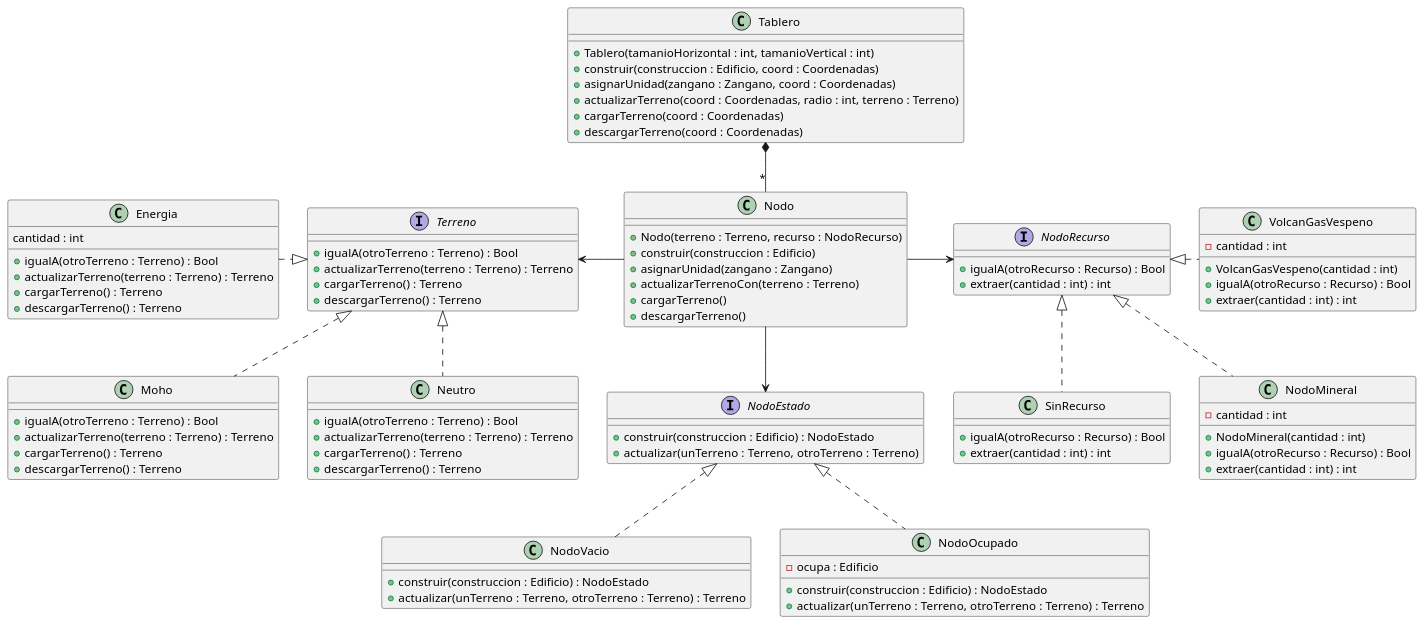
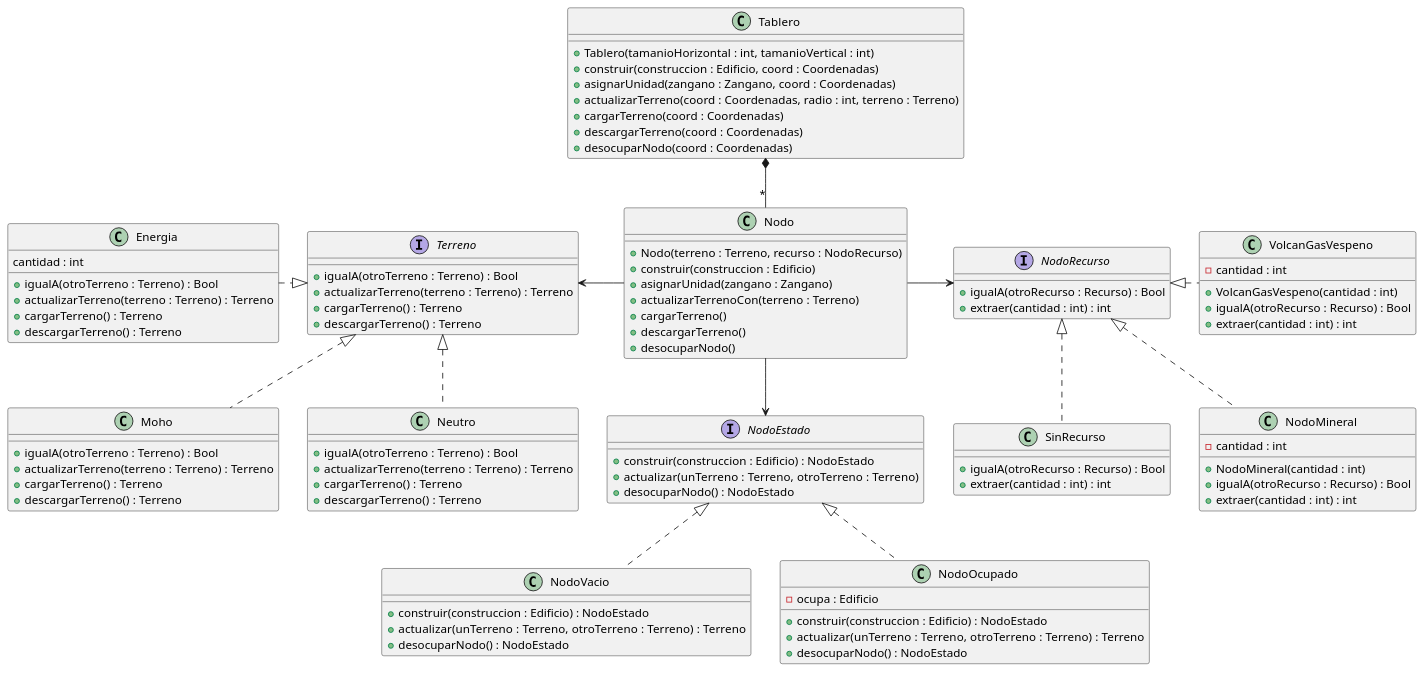
Before and after one commit to gabrielzitelli/Algo3_TP2_AlgoStar: the diagram in diagrams/classes/tablero.plantuml, drawn with PlantUML. The commit also changed 7 other files, not shown here.

```diff
--- a/diagrams/classes/tablero.plantuml
+++ b/diagrams/classes/tablero.plantuml
@@ -1,99 +1,104 @@
 @startuml
 
 class Tablero {
     + Tablero(tamanioHorizontal : int, tamanioVertical : int)
     + construir(construccion : Edificio, coord : Coordenadas)
     + asignarUnidad(zangano : Zangano, coord : Coordenadas)
     + actualizarTerreno(coord : Coordenadas, radio : int, terreno : Terreno)
     + cargarTerreno(coord : Coordenadas)
     + descargarTerreno(coord : Coordenadas)
+    + desocuparNodo(coord : Coordenadas)
 }
 
 class Nodo {
     + Nodo(terreno : Terreno, recurso : NodoRecurso)
     + construir(construccion : Edificio)
     + asignarUnidad(zangano : Zangano)
     + actualizarTerrenoCon(terreno : Terreno)
     + cargarTerreno()
     + descargarTerreno()
+    + desocuparNodo()
 }
 
 interface NodoEstado {
     + construir(construccion : Edificio) : NodoEstado
     + actualizar(unTerreno : Terreno, otroTerreno : Terreno)
+    + desocuparNodo() : NodoEstado
 }
 class NodoVacio {
     + construir(construccion : Edificio) : NodoEstado
     + actualizar(unTerreno : Terreno, otroTerreno : Terreno) : Terreno
+    + desocuparNodo() : NodoEstado
 }
 class NodoOcupado {
     - ocupa : Edificio
     + construir(construccion : Edificio) : NodoEstado
     + actualizar(unTerreno : Terreno, otroTerreno : Terreno) : Terreno
+    + desocuparNodo() : NodoEstado
 }
 
 interface Terreno {
     + igualA(otroTerreno : Terreno) : Bool
     + actualizarTerreno(terreno : Terreno) : Terreno
     + cargarTerreno() : Terreno
     + descargarTerreno() : Terreno
 }
 class Energia {
     cantidad : int
     + igualA(otroTerreno : Terreno) : Bool
     + actualizarTerreno(terreno : Terreno) : Terreno
     + cargarTerreno() : Terreno
     + descargarTerreno() : Terreno
 }
 class Moho {
     + igualA(otroTerreno : Terreno) : Bool
     + actualizarTerreno(terreno : Terreno) : Terreno
     + cargarTerreno() : Terreno
     + descargarTerreno() : Terreno
 }
 class Neutro {
     + igualA(otroTerreno : Terreno) : Bool
     + actualizarTerreno(terreno : Terreno) : Terreno
     + cargarTerreno() : Terreno
     + descargarTerreno() : Terreno
 }
 
 interface NodoRecurso {
     + igualA(otroRecurso : Recurso) : Bool
     + extraer(cantidad : int) : int
 }
 class SinRecurso {
     + igualA(otroRecurso : Recurso) : Bool
     + extraer(cantidad : int) : int
 }
 class NodoMineral {
     - cantidad : int
     + NodoMineral(cantidad : int)
     + igualA(otroRecurso : Recurso) : Bool
     + extraer(cantidad : int) : int
 }
 class VolcanGasVespeno {
     - cantidad : int
     + VolcanGasVespeno(cantidad : int)
     + igualA(otroRecurso : Recurso) : Bool
     + extraer(cantidad : int) : int
 }
 
 Tablero *-- "*" Nodo
 
 NodoEstado <|.. NodoVacio
 NodoEstado <|.. NodoOcupado
 
 Nodo --> NodoEstado
 Nodo -left> Terreno
 Nodo -right> NodoRecurso
 
 Terreno <|.left. Energia
 Terreno <|.. Moho
 Terreno <|.. Neutro
 
 NodoRecurso <|.. SinRecurso
 NodoRecurso <|.. NodoMineral
 NodoRecurso <|.right. VolcanGasVespeno
 
 @enduml
```
